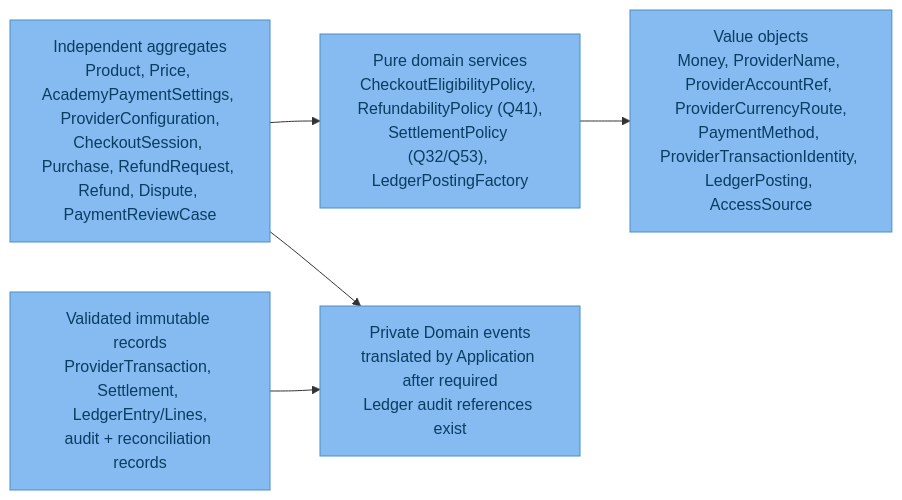
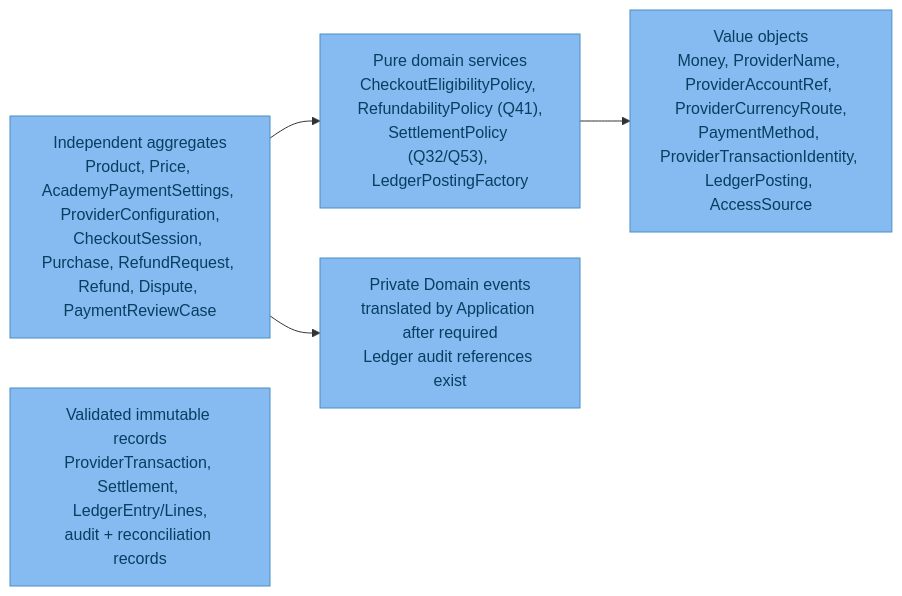
Before and after one commit to Azero77/alpha-zero: the fifth of 10 diagrams in plans/payments/C4Model.md, drawn with Mermaid. The commit also changed other lines of this file, not shown here.

````diff
--- a/plans/payments/C4Model.md
+++ b/plans/payments/C4Model.md
@@ -154,13 +155,12 @@
 ```mermaid
 flowchart LR
   classDef component fill:#85bbf0,color:#0a3d62,stroke:#4a90c2;
   agg["Independent aggregates<br/>Product, Price, AcademyPaymentSettings, ProviderConfiguration,<br/>CheckoutSession, Purchase, RefundRequest, Refund, Dispute, PaymentReviewCase"]:::component
   rec["Validated immutable records<br/>ProviderTransaction, Settlement, LedgerEntry/Lines,<br/>audit + reconciliation records"]:::component
   vo["Value objects<br/>Money, ProviderName, ProviderAccountRef, ProviderCurrencyRoute,<br/>PaymentMethod, ProviderTransactionIdentity, LedgerPosting, AccessSource"]:::component
   pol["Pure domain services<br/>CheckoutEligibilityPolicy, RefundabilityPolicy (Q41),<br/>SettlementPolicy (Q32/Q53), LedgerPostingFactory"]:::component
   evt["Private Domain events<br/>translated by Application after required<br/>Ledger audit references exist"]:::component
   agg --> evt
-  rec --> evt
   pol --> vo
   agg --> pol
 ```
````
